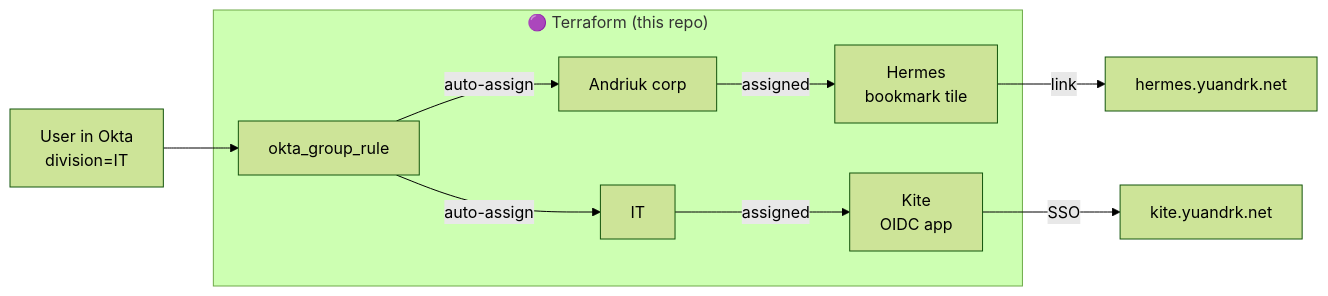
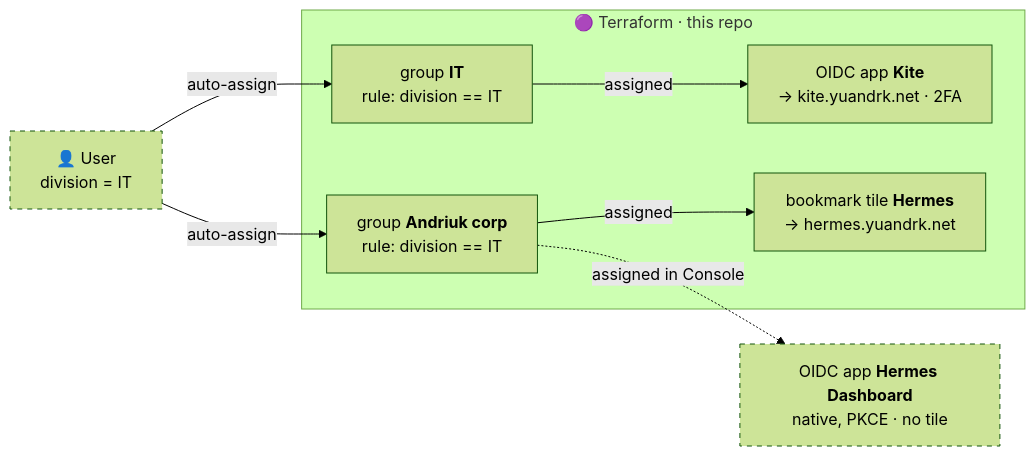
Before and after one commit to yuandrk/okta-gitops: the first of 2 diagrams in README.md, drawn with Mermaid (forest theme). The commit also changed other lines of this file and 2 other files, not shown here.

First line of the commit message:
docs(readme): highlights, access and delivery diagrams, LICENSE (#20)

````diff
--- a/README.md
+++ b/README.md
@@ -37,18 +35,20 @@
 ```mermaid
 flowchart LR
-    U[User in Okta<br/>division=IT] --> R[okta_group_rule]
-    R -->|auto-assign| G2[Andriuk corp]
-    G2 -->|assigned| B[Hermes<br/>bookmark tile]
-    B -->|link| HD[hermes.yuandrk.net]
-    R -->|auto-assign| G3[IT]
-    G3 -->|assigned| K[Kite<br/>OIDC app]
-    K -->|SSO| KD[kite.yuandrk.net]
+    U["👤 User<br/>division = IT"]
 
-    subgraph TF["🟣 Terraform (this repo)"]
-        R
-        G2
-        B
-        G3
-        K
+    subgraph TF["🟣 Terraform · this repo"]
+        G2["group <b>IT</b><br/>rule: division == IT"]
+        G1["group <b>Andriuk corp</b><br/>rule: division == IT"]
+        K["OIDC app <b>Kite</b><br/>→ kite.yuandrk.net · 2FA"]
+        B["bookmark tile <b>Hermes</b><br/>→ hermes.yuandrk.net"]
+        G2 -->|assigned| K
+        G1 -->|assigned| B
     end
+
+    U -->|auto-assign| G2
+    U -->|auto-assign| G1
+    G1 -.->|assigned in Console| HA["OIDC app <b>Hermes Dashboard</b><br/>native, PKCE · no tile"]
+
+    classDef console stroke-dasharray: 5 5
+    class U,HA console
 ```
````
